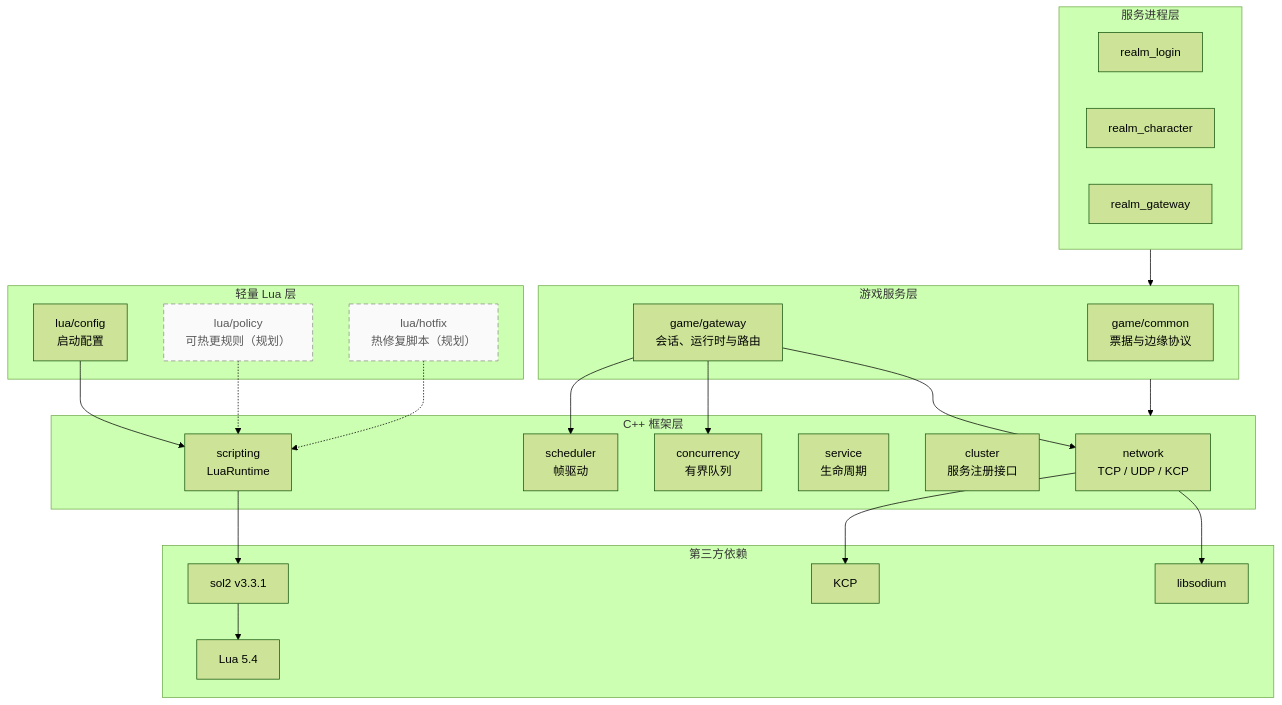
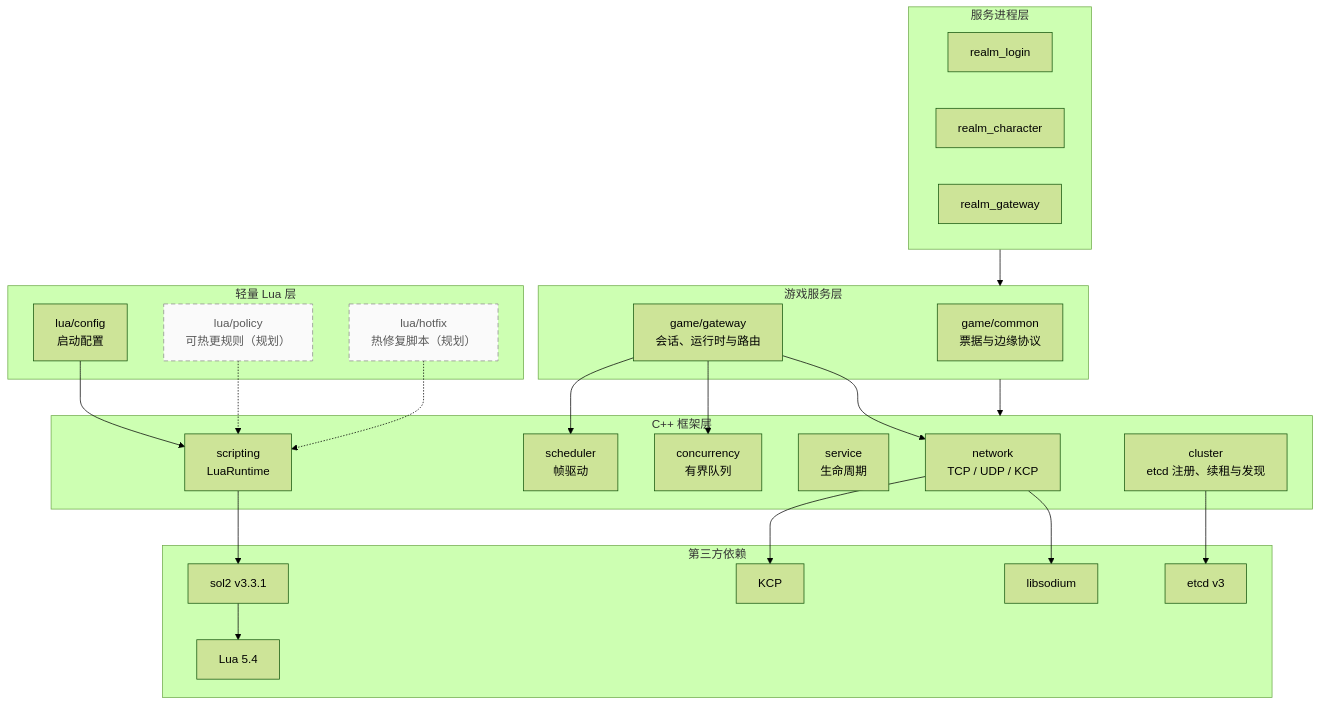
Before and after one commit to lvivvde/RealmMesh: the fourth of 4 diagrams in docs/architecture.md, drawn with Mermaid (forest theme). The commit also changed other lines of this file and 35 other files, not shown here.

````diff
--- a/docs/architecture.md
+++ b/docs/architecture.md
@@ -127,50 +134,52 @@
 ```mermaid
 flowchart TB
     subgraph Apps["服务进程层"]
         LoginApp["realm_login"]
         RealmApp["realm_character"]
         GatewayApp["realm_gateway"]
     end
 
     subgraph Game["游戏服务层"]
         Common["game/common<br/>票据与边缘协议"]
         GatewayService["game/gateway<br/>会话、运行时与路由"]
     end
 
     subgraph Framework["C++ 框架层"]
         Network["network<br/>TCP / UDP / KCP"]
         Scheduler["scheduler<br/>帧驱动"]
         Concurrency["concurrency<br/>有界队列"]
         Service["service<br/>生命周期"]
-        Cluster["cluster<br/>服务注册接口"]
+        Cluster["cluster<br/>etcd 注册、续租与发现"]
         Scripting["scripting<br/>LuaRuntime"]
     end
 
     subgraph LuaLayer["轻量 Lua 层"]
         Config["lua/config<br/>启动配置"]
         Policy["lua/policy<br/>可热更规则（规划）"]
         Hotfix["lua/hotfix<br/>热修复脚本（规划）"]
     end
 
     subgraph ThirdParty["第三方依赖"]
         Lua["Lua 5.4"]
         Sol2["sol2 v3.3.1"]
         KcpLib["KCP"]
         Sodium["libsodium"]
+        Etcd["etcd v3"]
     end
 
     Apps --> Game
     Game --> Framework
     Config --> Scripting
     Policy -.-> Scripting
     Hotfix -.-> Scripting
     Scripting --> Sol2 --> Lua
     Network --> KcpLib
     Network --> Sodium
+    Cluster --> Etcd
     GatewayService --> Network
     GatewayService --> Scheduler
     GatewayService --> Concurrency
 
     classDef planned fill:#fafafa,stroke:#8c8c8c,stroke-dasharray:6 4,color:#595959;
     class Policy,Hotfix planned;
 ```
````
